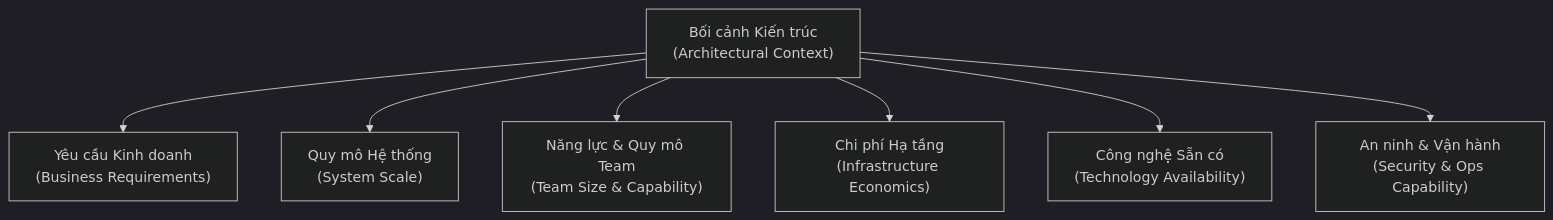
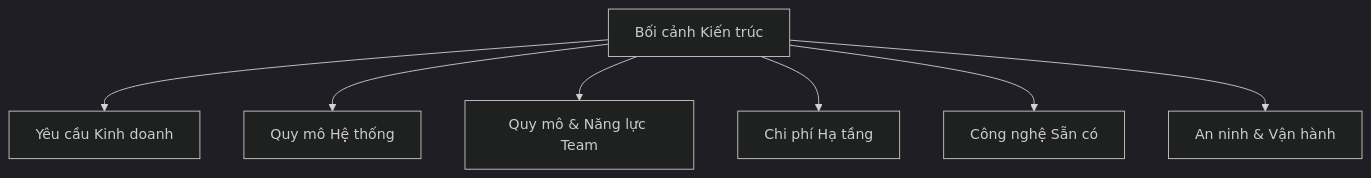
One commit to MaiTheHao/docs changed the first of 6 diagrams in release/software_architecture/00_introduction/01_architectural_context.md. Above: the diagram before and after it, drawn with Mermaid (dark theme). The commit also changed other lines of this file and 7 other files, not shown here.

````diff
--- a/release/software_architecture/00_introduction/01_architectural_context.md
+++ b/release/software_architecture/00_introduction/01_architectural_context.md
@@ -27,12 +24,12 @@
 ```mermaid
 graph TD
     accTitle: Cấu trúc Yếu tố Bối cảnh Kiến trúc
     accDescr: Sơ đồ phân nhánh các ràng buộc chính hình thành nên bối cảnh kiến trúc phần mềm
 
-    contextNode["Bối cảnh Kiến trúc<br/>(Architectural Context)"] --> bizReq["Yêu cầu Kinh doanh<br/>(Business Requirements)"]
-    contextNode --> scaleReq["Quy mô Hệ thống<br/>(System Scale)"]
-    contextNode --> teamCap["Năng lực & Quy mô Team<br/>(Team Size & Capability)"]
-    contextNode --> infraCost["Chi phí Hạ tầng<br/>(Infrastructure Economics)"]
-    contextNode --> techAvail["Công nghệ Sẵn có<br/>(Technology Availability)"]
-    contextNode --> secOps["An ninh & Vận hành<br/>(Security & Ops Capability)"]
+    contextNode["Bối cảnh Kiến trúc"] --> bizReq["Yêu cầu Kinh doanh"]
+    contextNode --> scaleReq["Quy mô Hệ thống"]
+    contextNode --> teamCap["Quy mô & Năng lực Team"]
+    contextNode --> infraCost["Chi phí Hạ tầng"]
+    contextNode --> techAvail["Công nghệ Sẵn có"]
+    contextNode --> secOps["An ninh & Vận hành"]
 ```
````
